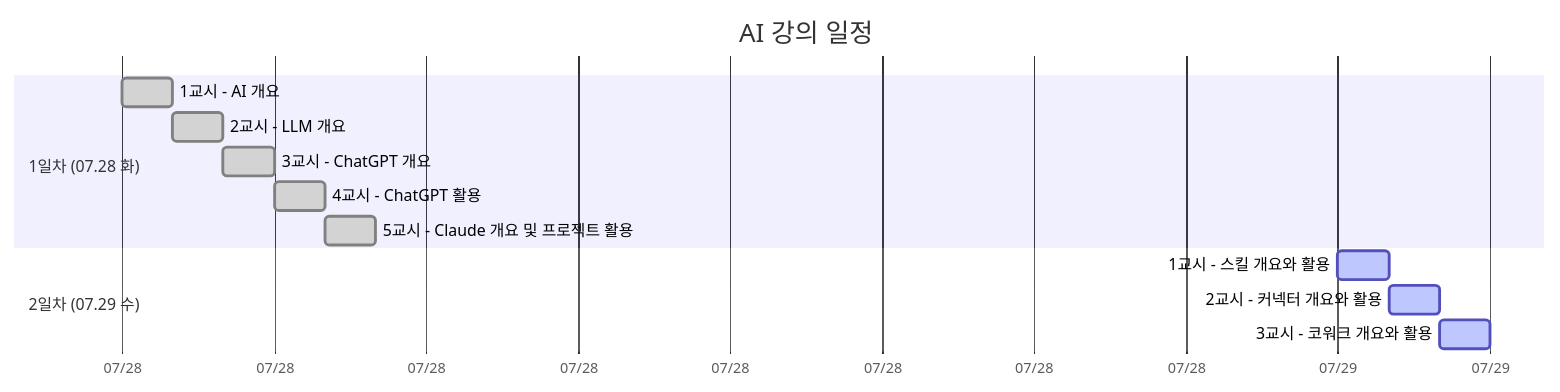
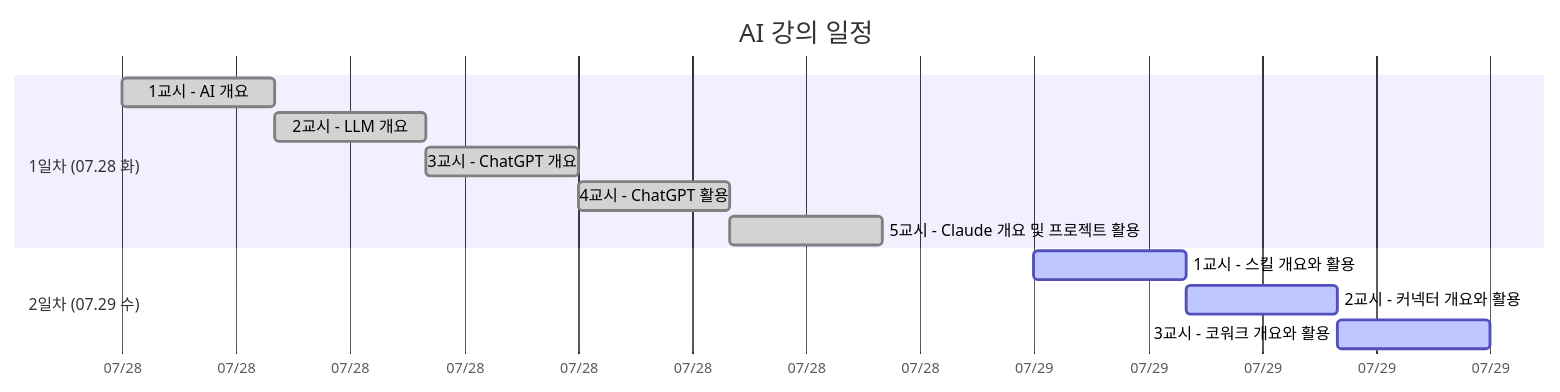
One commit to soobook/2026-LLM changed the first of 9 diagrams in README.md. Above: the diagram before and after it, drawn with Mermaid.

````diff
--- a/README.md
+++ b/README.md
@@ -15,19 +15,19 @@
 ```mermaid
 gantt
     title AI 강의 일정
     dateFormat YYYY-MM-DD
     axisFormat %m/%d
     excludes weekends
 
     section 1일차 (07.28 화)
-    1교시 - AI 개요                      :done, a1, 2026-07-28, 1h
-    2교시 - LLM 개요                     :done, a2, after a1, 1h
-    3교시 - ChatGPT 개요                 :done, a3, after a2, 1h
-    4교시 - ChatGPT 활용                 :done, a4, after a3, 1h
-    5교시 - Claude 개요 및 프로젝트 활용 :done, a5, after a4, 1h
+    1교시 - AI 개요                      :done, a1, 2026-07-28, 4h
+    2교시 - LLM 개요                     :done, a2, after a1, 4h
+    3교시 - ChatGPT 개요                 :done, a3, after a2, 4h
+    4교시 - ChatGPT 활용                 :done, a4, after a3, 4h
+    5교시 - Claude 개요 및 프로젝트 활용 :done, a5, after a4, 4h
 
     section 2일차 (07.29 수)
-    1교시 - 스킬 개요와 활용             :active, b1, 2026-07-29, 1h
-    2교시 - 커넥터 개요와 활용           :active, b2, after b1, 1h
-    3교시 - 코워크 개요와 활용           :active, b3, after b2, 1h
+    1교시 - 스킬 개요와 활용             :active, b1, 2026-07-29, 4h
+    2교시 - 커넥터 개요와 활용           :active, b2, after b1, 4h
+    3교시 - 코워크 개요와 활용           :active, b3, after b2, 4h
 ```
````
